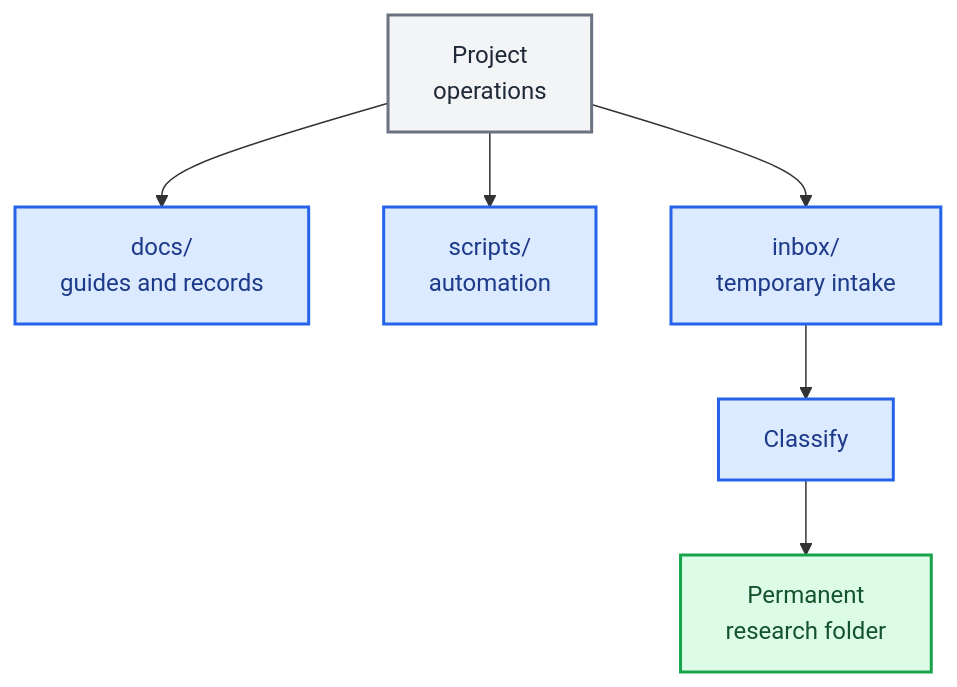
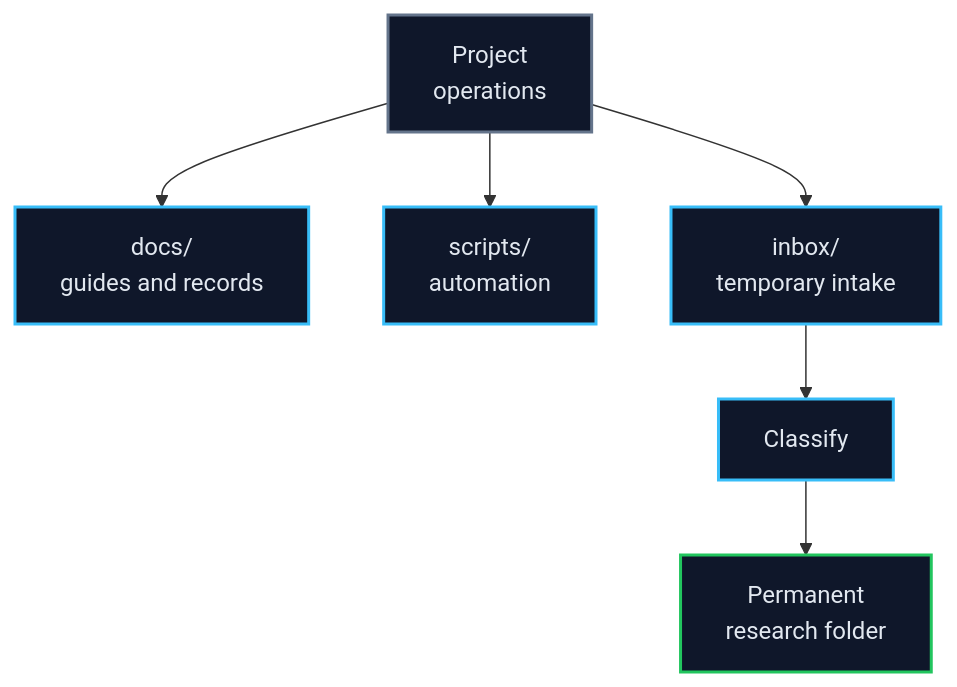
The diagram in 06_project_operations/README.md (jackyissocute/LiSPER), drawn with Mermaid before and after one commit. The commit also changed 10 other files, not shown here.

````diff
--- a/06_project_operations/README.md
+++ b/06_project_operations/README.md
@@ -7,25 +7,25 @@
 ```mermaid
 flowchart TD
     accTitle: Project Operations Model
     accDescr: Project operations contains guides, reusable scripts, and a temporary inbox that routes files into permanent research folders.
 
     operations["Project<br/>operations"]
     docs["docs/<br/>guides and records"]
     scripts["scripts/<br/>automation"]
     inbox["inbox/<br/>temporary intake"]
     classify["Classify"]
     permanent["Permanent<br/>research folder"]
 
     operations --> docs
     operations --> scripts
     operations --> inbox
     inbox --> classify
     classify --> permanent
 
-    classDef ops fill:#f3f4f6,stroke:#6b7280,stroke-width:2px,color:#1f2937
-    classDef active fill:#dbeafe,stroke:#2563eb,stroke-width:2px,color:#1e3a8a
-    classDef final fill:#dcfce7,stroke:#16a34a,stroke-width:2px,color:#14532d
+    classDef ops fill:#0F172A,stroke:#64748B,stroke-width:2px,color:#E2E8F0
+    classDef active fill:#0F172A,stroke:#38BDF8,stroke-width:2px,color:#E2E8F0
+    classDef final fill:#0F172A,stroke:#22C55E,stroke-width:2px,color:#E2E8F0
     class operations ops
     class docs,scripts,inbox,classify active
     class permanent final
 ```
````
